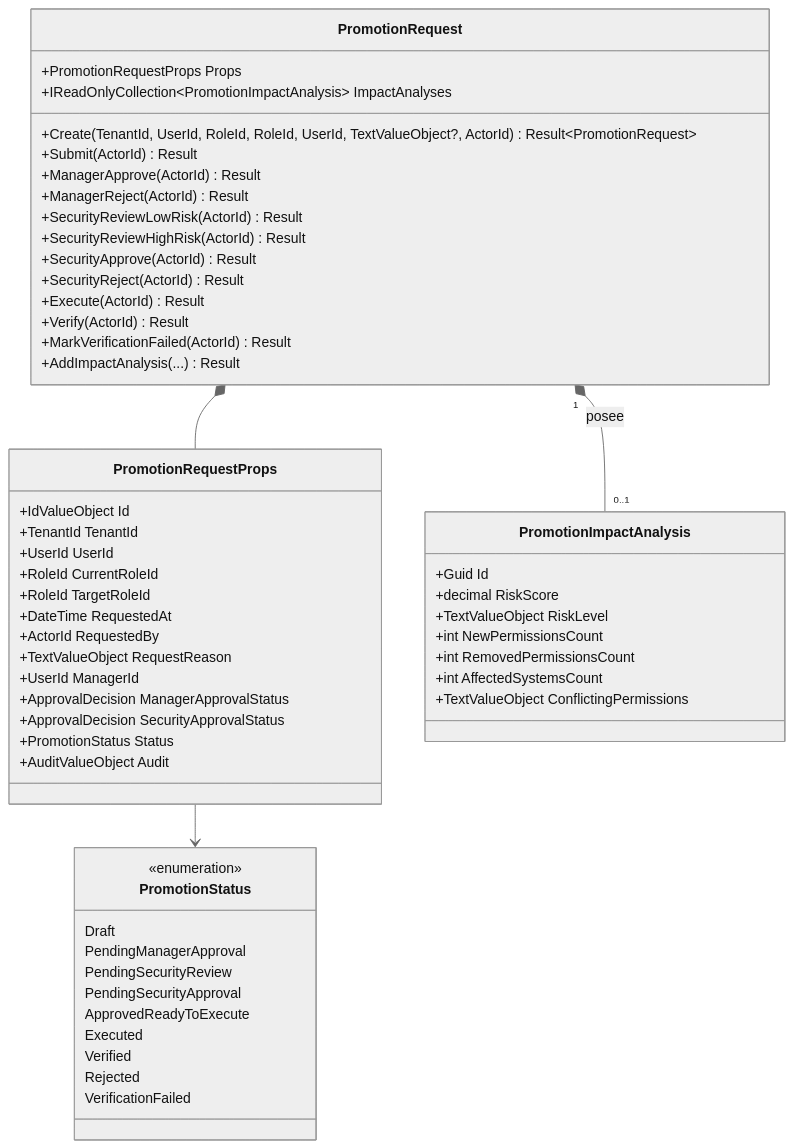
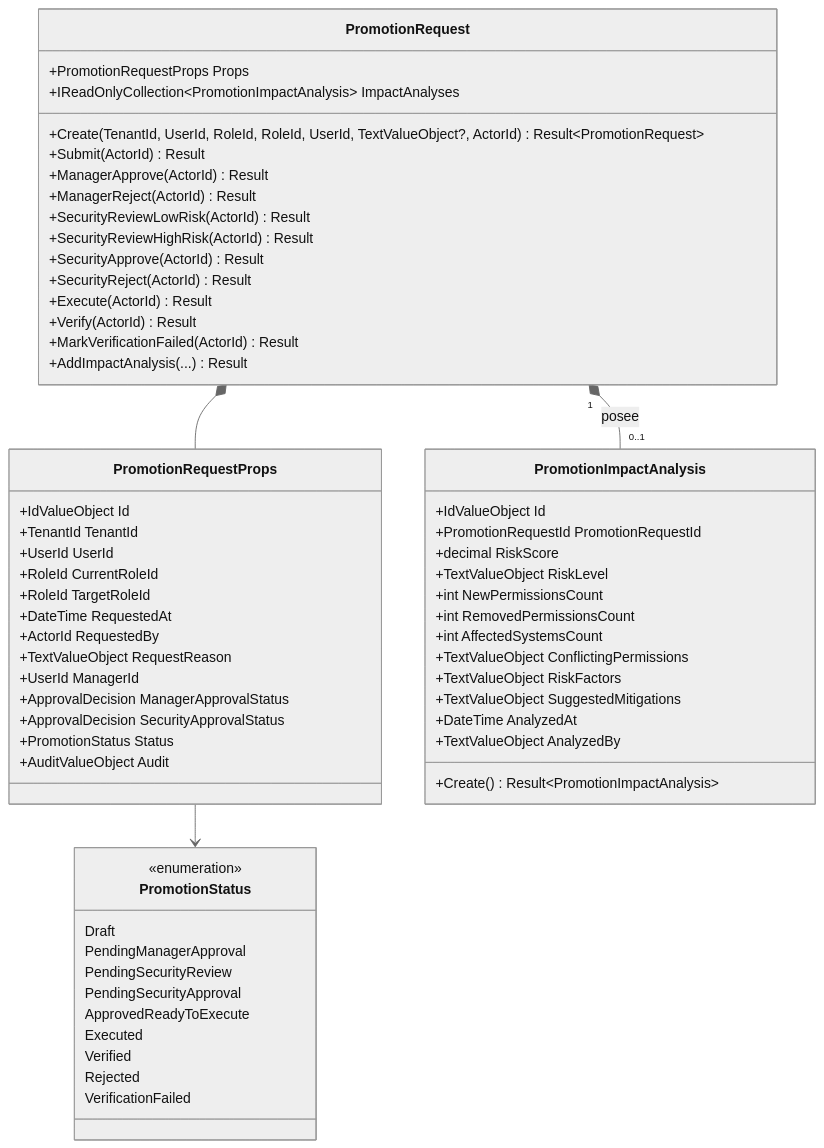
Before and after one commit to beyondnetcode/ums: the first of 4 diagrams in docs/domain-es/iga/promotion-request.md, drawn with Mermaid (neutral theme). The commit also changed other lines of this file and 19 other files, not shown here.

````diff
--- a/docs/domain-es/iga/promotion-request.md
+++ b/docs/domain-es/iga/promotion-request.md
@@ -79,60 +98,66 @@
 ```mermaid
 classDiagram
     direction TB
     class PromotionRequest {
         +PromotionRequestProps Props
         +IReadOnlyCollection~PromotionImpactAnalysis~ ImpactAnalyses
         +Create(TenantId, UserId, RoleId, RoleId, UserId, TextValueObject?, ActorId) Result~PromotionRequest~
         +Submit(ActorId) Result
         +ManagerApprove(ActorId) Result
         +ManagerReject(ActorId) Result
         +SecurityReviewLowRisk(ActorId) Result
         +SecurityReviewHighRisk(ActorId) Result
         +SecurityApprove(ActorId) Result
         +SecurityReject(ActorId) Result
         +Execute(ActorId) Result
         +Verify(ActorId) Result
         +MarkVerificationFailed(ActorId) Result
         +AddImpactAnalysis(...) Result
     }
     class PromotionRequestProps {
         +IdValueObject Id
         +TenantId TenantId
         +UserId UserId
         +RoleId CurrentRoleId
         +RoleId TargetRoleId
         +DateTime RequestedAt
         +ActorId RequestedBy
         +TextValueObject RequestReason
         +UserId ManagerId
         +ApprovalDecision ManagerApprovalStatus
         +ApprovalDecision SecurityApprovalStatus
         +PromotionStatus Status
         +AuditValueObject Audit
     }
     class PromotionImpactAnalysis {
-        +Guid Id
+        +IdValueObject Id
+        +PromotionRequestId PromotionRequestId
         +decimal RiskScore
         +TextValueObject RiskLevel
         +int NewPermissionsCount
         +int RemovedPermissionsCount
         +int AffectedSystemsCount
         +TextValueObject ConflictingPermissions
+        +TextValueObject RiskFactors
+        +TextValueObject SuggestedMitigations
+        +DateTime AnalyzedAt
+        +TextValueObject AnalyzedBy
+        +Create() Result~PromotionImpactAnalysis~
     }
     class PromotionStatus {
         <<enumeration>>
         Draft
         PendingManagerApproval
         PendingSecurityReview
         PendingSecurityApproval
         ApprovedReadyToExecute
         Executed
         Verified
         Rejected
         VerificationFailed
     }
 
     PromotionRequest *-- PromotionRequestProps
     PromotionRequest "1" *-- "0..1" PromotionImpactAnalysis : posee
     PromotionRequestProps --> PromotionStatus
 ```
````
